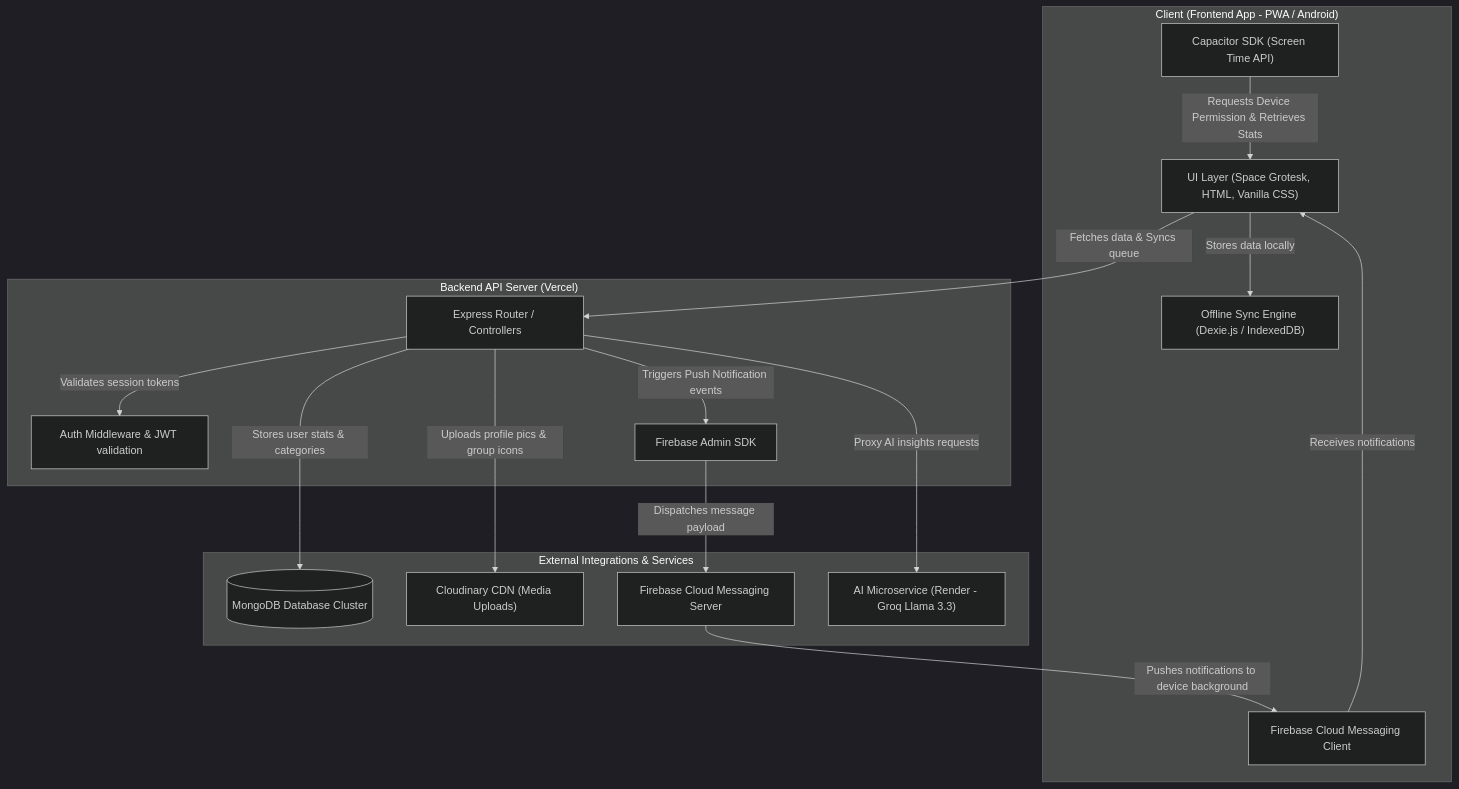
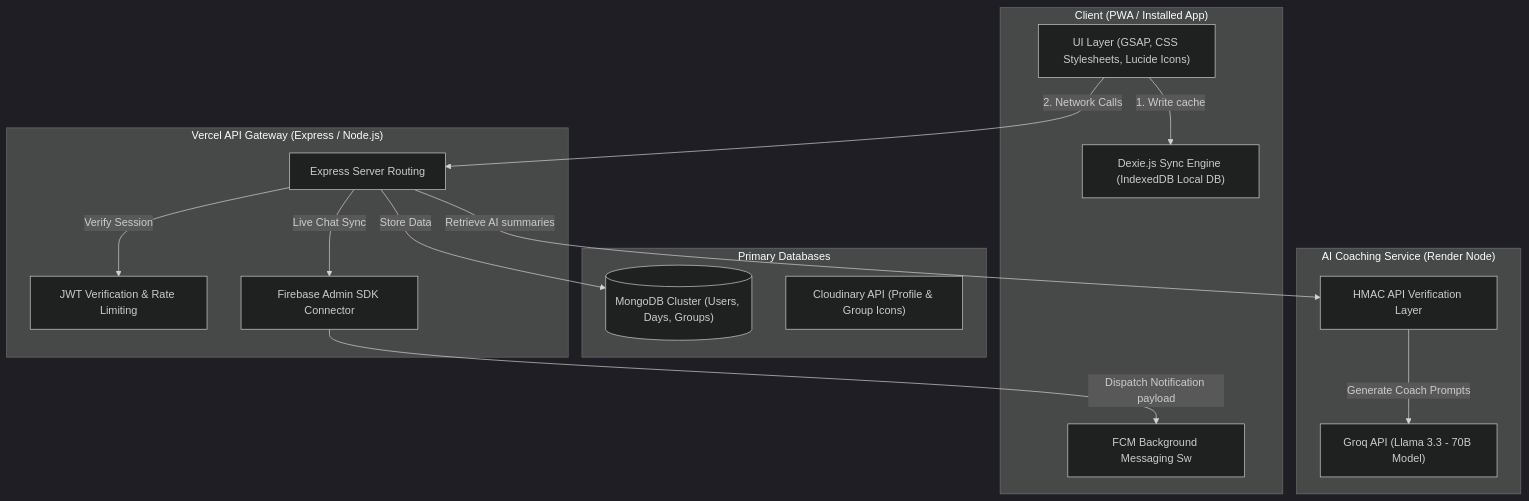
Before and after one commit to BIKRAM-GORAI/consistency: the first of 2 diagrams in README.md, drawn with Mermaid (dark theme). The commit also changed other lines of this file and 2 other files, not shown here.

Commit message:
docs: remove architecture.html, redirect route to system architecture section in README

````diff
--- a/README.md
+++ b/README.md
@@ -51,37 +84,34 @@
 ```mermaid
 graph TD
-    subgraph Client ["Client (Frontend App - PWA / Android)"]
-        UI["UI Layer (Space Grotesk, HTML, Vanilla CSS)"]
-        SyncEngine["Offline Sync Engine (Dexie.js / IndexedDB)"]
-        FCM_Client["Firebase Cloud Messaging Client"]
-        Capacitor["Capacitor SDK (Screen Time API)"]
+    subgraph Client ["Client (PWA / Installed App)"]
+        UI["UI Layer (GSAP, CSS Stylesheets, Lucide Icons)"]
+        SyncEngine["Dexie.js Sync Engine (IndexedDB Local DB)"]
+        FCM_Client["FCM Background Messaging Sw"]
     end
 
-    subgraph Backend ["Backend API Server (Vercel)"]
-        Express["Express Router / Controllers"]
-        AuthMiddleware["Auth Middleware & JWT validation"]
-        AdminSDK["Firebase Admin SDK"]
+    subgraph Backend ["Vercel API Gateway (Express / Node.js)"]
+        Router["Express Server Routing"]
+        Auth["JWT Verification & Rate Limiting"]
+        AdminSDK["Firebase Admin SDK Connector"]
     end
 
-    subgraph External ["External Integrations & Services"]
-        MongoDB[("MongoDB Database Cluster")]
-        Cloudinary["Cloudinary CDN (Media Uploads)"]
-        FCM["Firebase Cloud Messaging Server"]
-        AIService["AI Microservice (Render - Groq Llama 3.3)"]
+    subgraph CoreDB ["Primary Databases"]
+        Mongo[("MongoDB Cluster (Users, Days, Groups)")]
+        Cloudinary["Cloudinary API (Profile & Group Icons)"]
     end
 
-    %% Client Interactions
-    UI -->|Stores data locally| SyncEngine
-    UI -->|Fetches data & Syncs queue| Express
-    Capacitor -->|Requests Device Permission & Retrieves Stats| UI
-    FCM_Client -->|Receives notifications| UI
+    subgraph AI_Core ["AI Coaching Service (Render Node)"]
+        Proxy["HMAC API Verification Layer"]
+        Groq["Groq API (Llama 3.3 - 70B Model)"]
+    end
 
-    %% Backend Server Interactions
-    Express -->|Validates session tokens| AuthMiddleware
-    Express -->|Stores user stats & categories| MongoDB
-    Express -->|Proxy AI insights requests| AIService
-    Express -->|Triggers Push Notification events| AdminSDK
-    AdminSDK -->|Dispatches message payload| FCM
-    FCM -->|Pushes notifications to device background| FCM_Client
-    Express -->|Uploads profile pics & group icons| Cloudinary
+    %% Connection mappings
+    UI -->|1. Write cache| SyncEngine
+    UI -->|2. Network Calls| Router
+    Router -->|Verify Session| Auth
+    Router -->|Store Data| Mongo
+    Router -->|Retrieve AI summaries| Proxy
+    Proxy -->|Generate Coach Prompts| Groq
+    Router -->|Live Chat Sync| AdminSDK
+    AdminSDK -->|Dispatch Notification payload| FCM_Client
 ```
````
